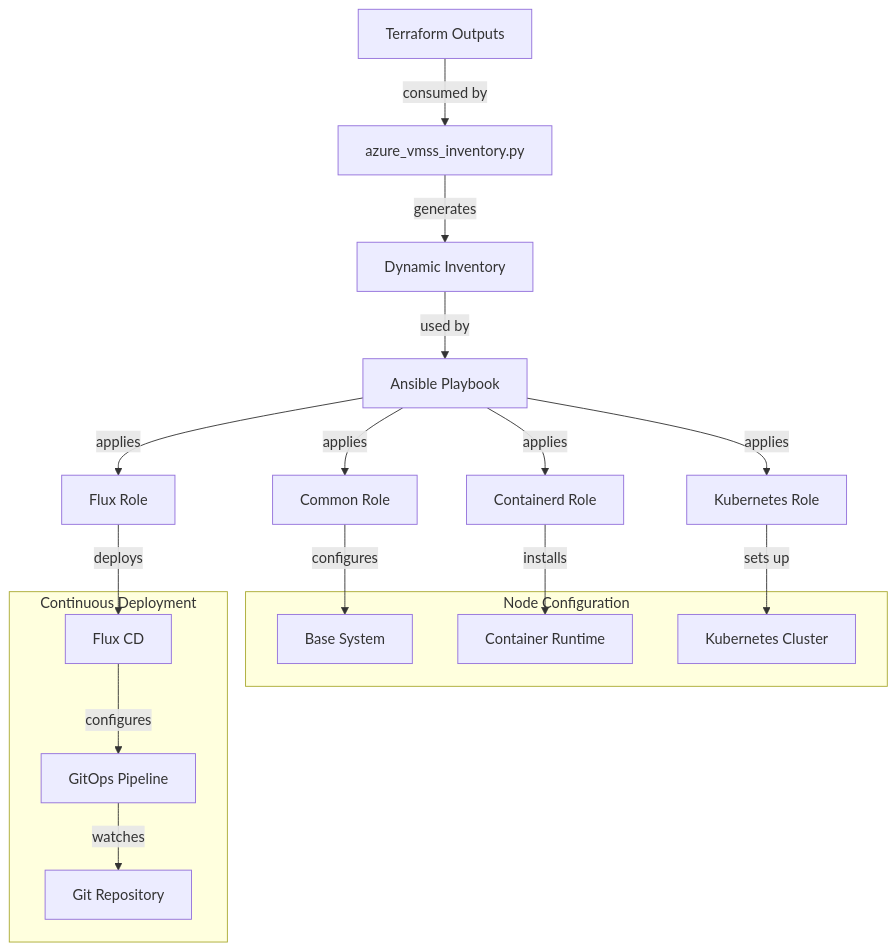
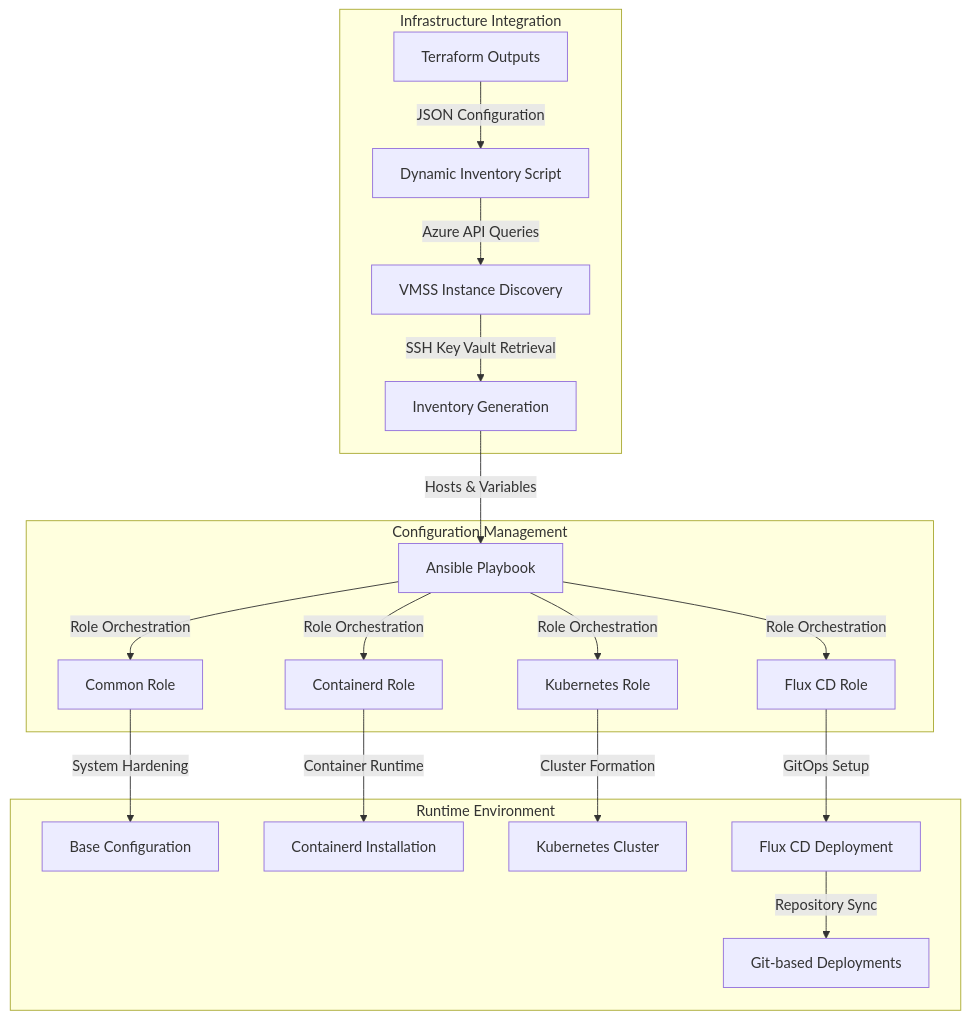
Before and after one commit to yungryce/azure_vmss_cluster: the first of 3 diagrams in ansible/ARCHITECTURE.md, drawn with Mermaid. The commit also changed other lines of this file and 16 other files, not shown here.

````diff
--- a/ansible/ARCHITECTURE.md
+++ b/ansible/ARCHITECTURE.md
@@ -7,32 +10,43 @@
 ```mermaid
 graph TD
-    A[Terraform Outputs] -->|consumed by| B[azure_vmss_inventory.py]
-    B -->|generates| C[Dynamic Inventory]
+    A[Terraform Outputs] -->|JSON Configuration| B[Dynamic Inventory Script]
+    B -->|Azure API Queries| C[VMSS Instance Discovery]
+    C -->|SSH Key Vault Retrieval| D[Inventory Generation]
     
-    C -->|used by| D[Ansible Playbook]
+    D -->|Hosts & Variables| E[Ansible Playbook]
     
-    D -->|applies| E[Common Role]
-    D -->|applies| F[Containerd Role]
-    D -->|applies| G[Kubernetes Role]
-    D -->|applies| H[Flux Role]
+    E -->|Role Orchestration| F[Common Role]
+    E -->|Role Orchestration| G[Containerd Role]
+    E -->|Role Orchestration| H[Kubernetes Role]
+    E -->|Role Orchestration| I[Flux CD Role]
     
-    E -->|configures| I[Base System]
-    F -->|installs| J[Container Runtime]
-    G -->|sets up| K[Kubernetes Cluster]
-    H -->|deploys| L[Flux CD]
+    F -->|System Hardening| J[Base Configuration]
+    G -->|Container Runtime| K[Containerd Installation]
+    H -->|Cluster Formation| L[Kubernetes Cluster]
+    I -->|GitOps Setup| M[Flux CD Deployment]
     
-    L -->|configures| M[GitOps Pipeline]
-    M -->|watches| N[Git Repository]
+    M -->|Repository Sync| N[Git-based Deployments]
     
-    subgraph "Node Configuration"
+    subgraph "Infrastructure Integration"
+        A
+        B
+        C
+        D
+    end
+    
+    subgraph "Configuration Management"
+        E
+        F
+        G
+        H
         I
+    end
+    
+    subgraph "Runtime Environment"
         J
         K
-    end
-    
-    subgraph "Continuous Deployment"
         L
         M
         N
     end
 ```
````
